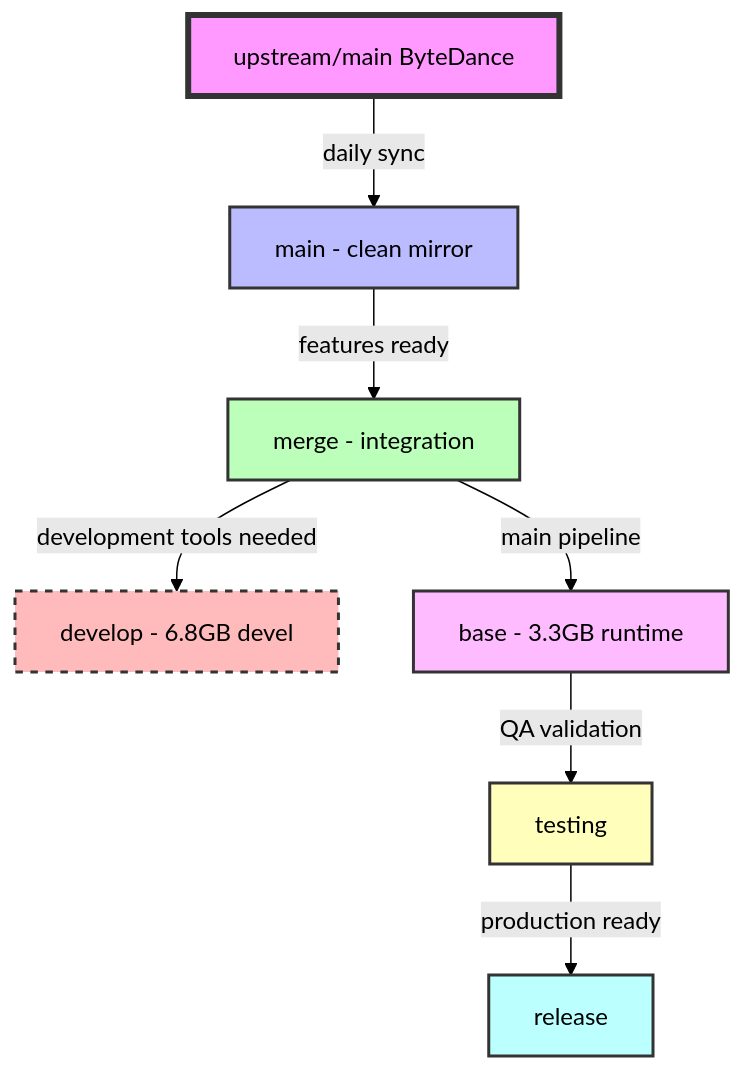
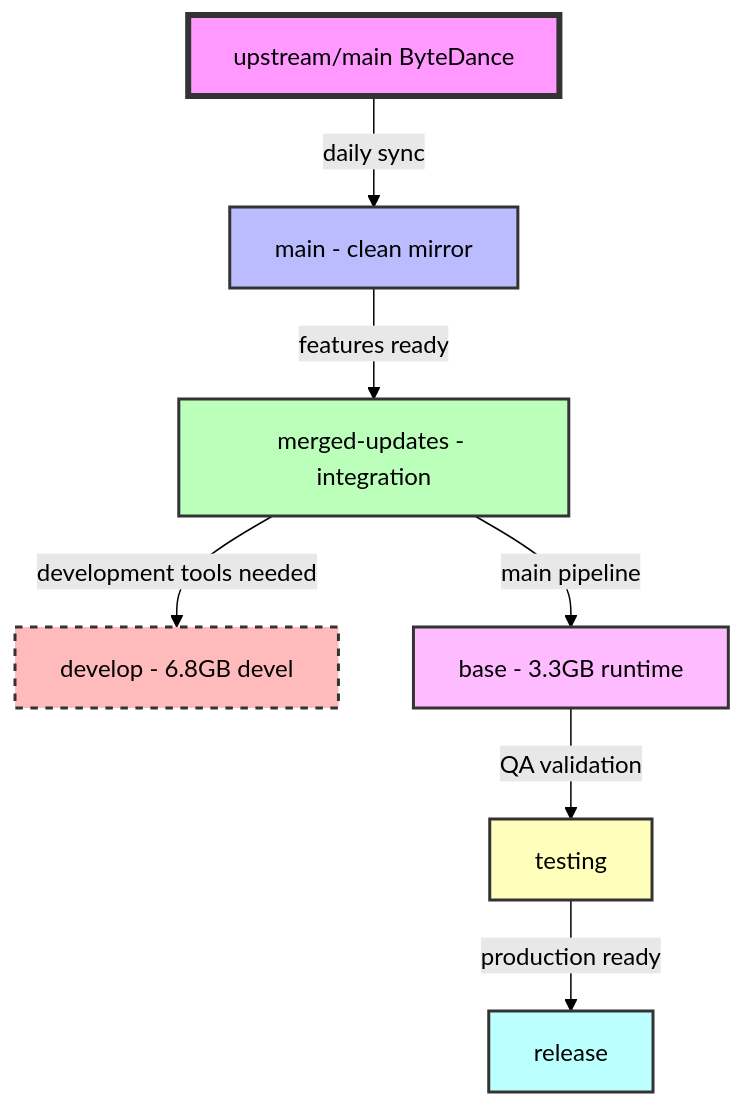
Before and after one commit to ShadNygren/Protenix: the diagram in BRANCHES.md, drawn with Mermaid (forest theme). The commit also changed other lines of this file and 1 other file, not shown here.

Commit message:
Update documentation: rename merge branch to merged-updates

````diff
--- a/BRANCHES.md
+++ b/BRANCHES.md
@@ -5,19 +5,19 @@
 ```mermaid
 graph TD
     UM[upstream/main ByteDance] -->|daily sync| M[main - clean mirror]
-    M -->|features ready| MERGE[merge - integration]
+    M -->|features ready| MERGE[merged-updates - integration]
     
     MERGE -->|development tools needed| DEV[develop - 6.8GB devel]
     MERGE -->|main pipeline| BASE[base - 3.3GB runtime]
     
     BASE -->|QA validation| TEST[testing]
     TEST -->|production ready| REL[release]
     
     style UM fill:#f9f,stroke:#333,stroke-width:4px
     style M fill:#bbf,stroke:#333,stroke-width:2px
     style MERGE fill:#bfb,stroke:#333,stroke-width:2px
     style DEV fill:#fbb,stroke:#333,stroke-width:2px,stroke-dasharray: 5 5
     style BASE fill:#fbf,stroke:#333,stroke-width:2px
     style TEST fill:#ffb,stroke:#333,stroke-width:2px
     style REL fill:#bff,stroke:#333,stroke-width:2px
 ```
````
